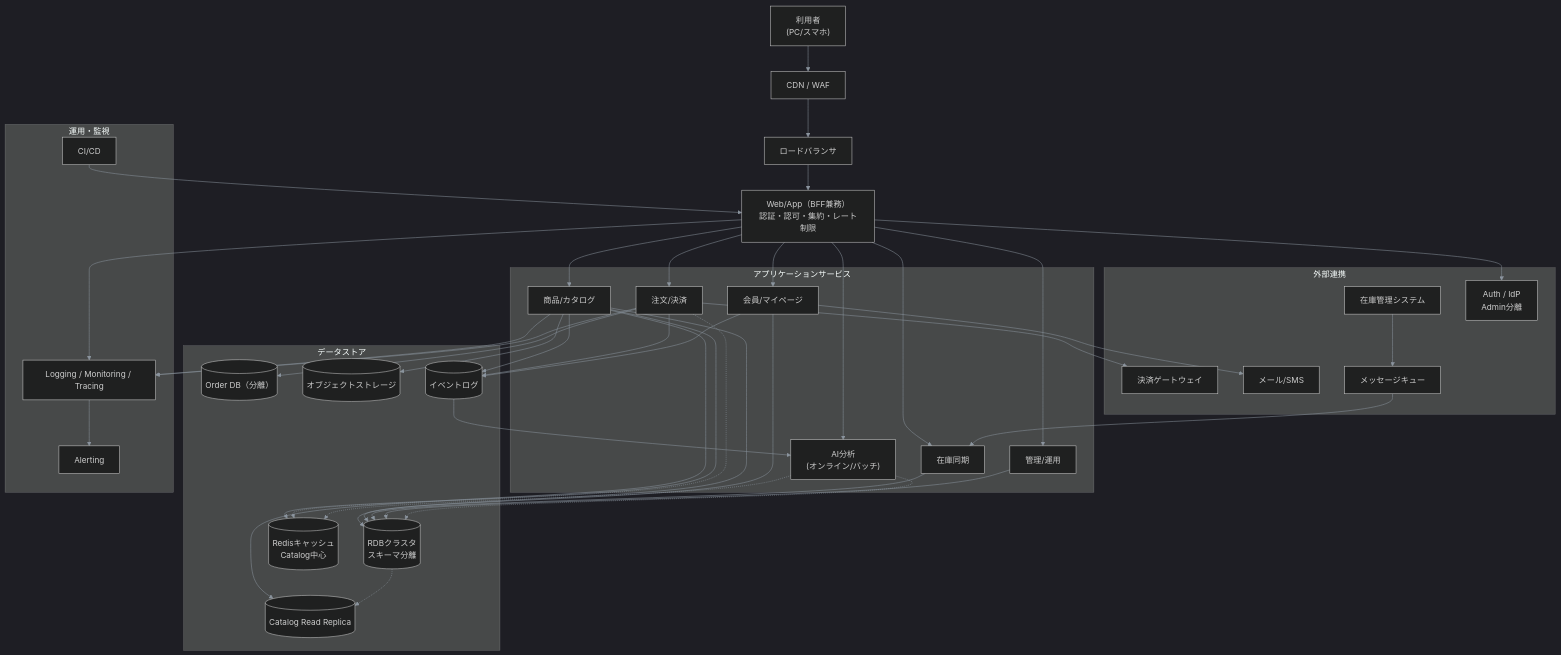
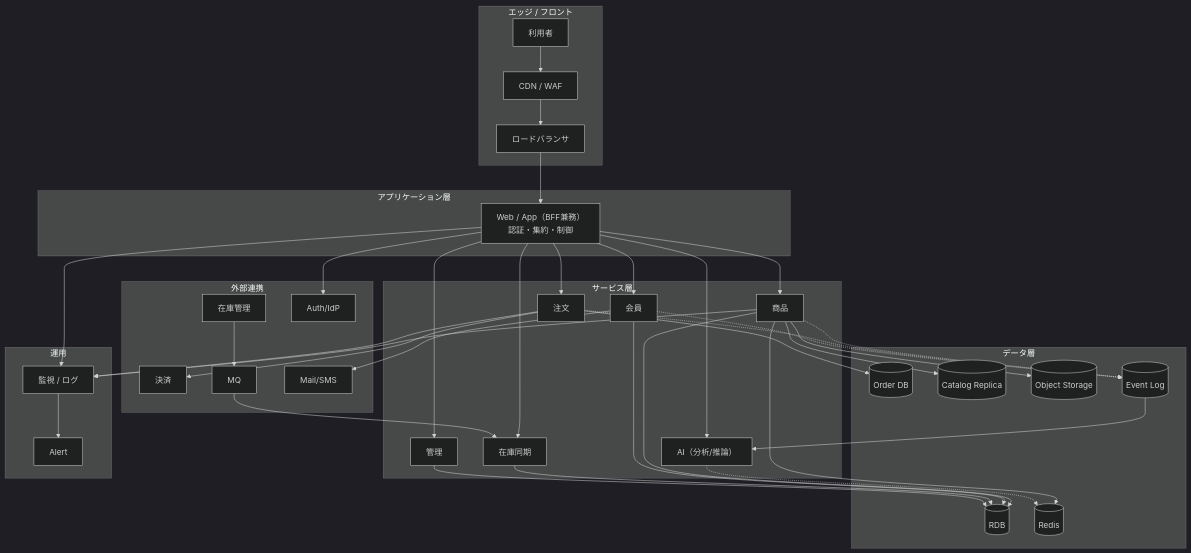
One commit to 5h1gerun/aaaaaaaaaa changed the diagram in m.mmd. Above: the diagram before and after it, drawn with Mermaid.

```diff
--- a/m.mmd
+++ b/m.mmd
@@ -1,86 +1,79 @@
-%%{init: {
-  "theme": "dark",
-  "themeVariables": {
-    "background": "#0d1117",
-    "primaryColor": "#161b22",
-    "primaryBorderColor": "#58a6ff",
-    "primaryTextColor": "#c9d1d9",
-    "lineColor": "#8b949e",
-    "secondaryColor": "#21262d",
-    "tertiaryColor": "#1f6feb",
-    "fontFamily": "Segoe UI, Hiragino Kaku Gothic ProN, Meiryo, sans-serif"
-  }
-}}%%
+%%{init: {"theme":"dark"}}%%
 flowchart TB
-    U["利用者<br/>(PC/スマホ)"] --> CDN["CDN / WAF"]
-    CDN --> LB["ロードバランサ"]
-    LB --> WEB["Web/App（BFF兼務）<br/>認証・認可・集約・レート制限"]
 
-    subgraph Services["アプリケーションサービス"]
-        Catalog["商品/カタログ"]
-        Order["注文/決済"]
-        Member["会員/マイページ"]
-        Stock["在庫同期"]
-        Admin["管理/運用"]
-        AI["AI分析<br/>(オンライン/バッチ)"]
-    end
+subgraph Edge["エッジ / フロント"]
+    U["利用者"]
+    CDN["CDN / WAF"]
+    LB["ロードバランサ"]
+    U --> CDN --> LB
+end
 
-    WEB --> Catalog
-    WEB --> Order
-    WEB --> Member
-    WEB --> Stock
-    WEB --> Admin
-    WEB --> AI
+subgraph App["アプリケーション層"]
+    WEB["Web / App（BFF兼務）<br/>認証・集約・制御"]
+end
 
-    subgraph Data["データストア"]
-        RDB[(RDBクラスタ<br/>スキーマ分離)]
-        OrderDB[(Order DB（分離）)]
-        CatalogReplica[(Catalog Read Replica)]
-        Cache[(Redisキャッシュ<br/>Catalog中心)]
-        Obj[(オブジェクトストレージ)]
-        EventLog[(イベントログ)]
-    end
+LB --> WEB
 
-    Catalog --> RDB
-    Member --> RDB
-    Stock --> RDB
-    Admin --> RDB
-    Order --> OrderDB
-    Catalog --> CatalogReplica
-    RDB -.-> CatalogReplica
+subgraph Services["サービス層"]
+    Catalog["商品"]
+    Order["注文"]
+    Member["会員"]
+    Stock["在庫同期"]
+    Admin["管理"]
+    AI["AI（分析/推論）"]
+end
 
-    Catalog --> Cache
-    Order -.-> Cache
-    Catalog --> Obj
-    Catalog --> EventLog
-    Order --> EventLog
-    Member --> EventLog
-    EventLog --> AI
-    AI -.-> RDB
-    AI -.-> Cache
+WEB --> Catalog
+WEB --> Order
+WEB --> Member
+WEB --> Stock
+WEB --> Admin
+WEB --> AI
 
-    subgraph External["外部連携"]
-        Pay["決済ゲートウェイ"]
-        Inv["在庫管理システム"]
-        Mail["メール/SMS"]
-        MQ["メッセージキュー"]
-        Auth["Auth / IdP<br/>Admin分離"]
-    end
+subgraph Data["データ層"]
+    RDB[(RDB)]
+    OrderDB[(Order DB)]
+    Replica[(Catalog Replica)]
+    Cache[(Redis)]
+    Obj[(Object Storage)]
+    Event[(Event Log)]
+end
 
-    Order --> Pay
-    Member --> Mail
-    Inv --> MQ
-    MQ --> Stock
-    WEB --> Auth
+Catalog --> RDB
+Member --> RDB
+Stock --> RDB
+Admin --> RDB
+Order --> OrderDB
 
-    subgraph Ops["運用・監視"]
-        Obs["Logging / Monitoring / Tracing"]
-        Alert["Alerting"]
-        CICD["CI/CD"]
-    end
+Catalog --> Replica
+Catalog --> Cache
+Catalog --> Obj
 
-    WEB --> Obs
-    Catalog --> Obs
-    Order --> Obs
-    Obs --> Alert
-    CICD --> WEB
+Catalog -.-> Event
+Order -.-> Event
+Member -.-> Event
+Event --> AI
+AI -.-> Cache
+
+subgraph External["外部連携"]
+    Pay["決済"]
+    Inv["在庫管理"]
+    MQ["MQ"]
+    Mail["Mail/SMS"]
+    Auth["Auth/IdP"]
+end
+
+Order --> Pay
+Inv --> MQ --> Stock
+Member --> Mail
+WEB --> Auth
+
+subgraph Ops["運用"]
+    Obs["監視 / ログ"]
+    Alert["Alert"]
+end
+
+WEB --> Obs
+Catalog --> Obs
+Order --> Obs
+Obs --> Alert
```
